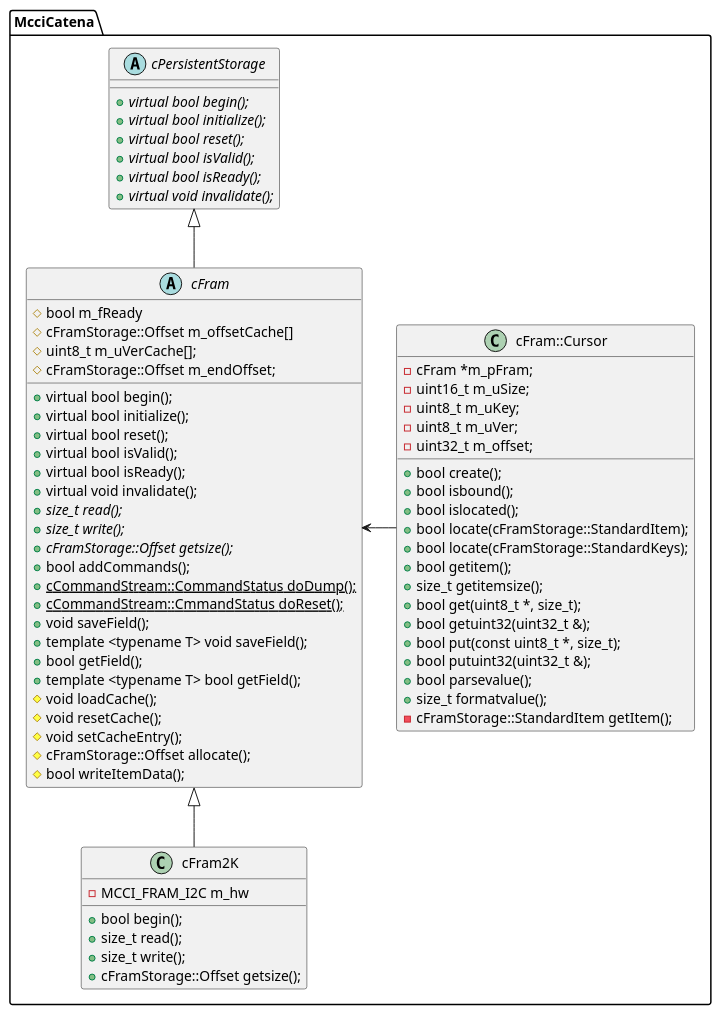
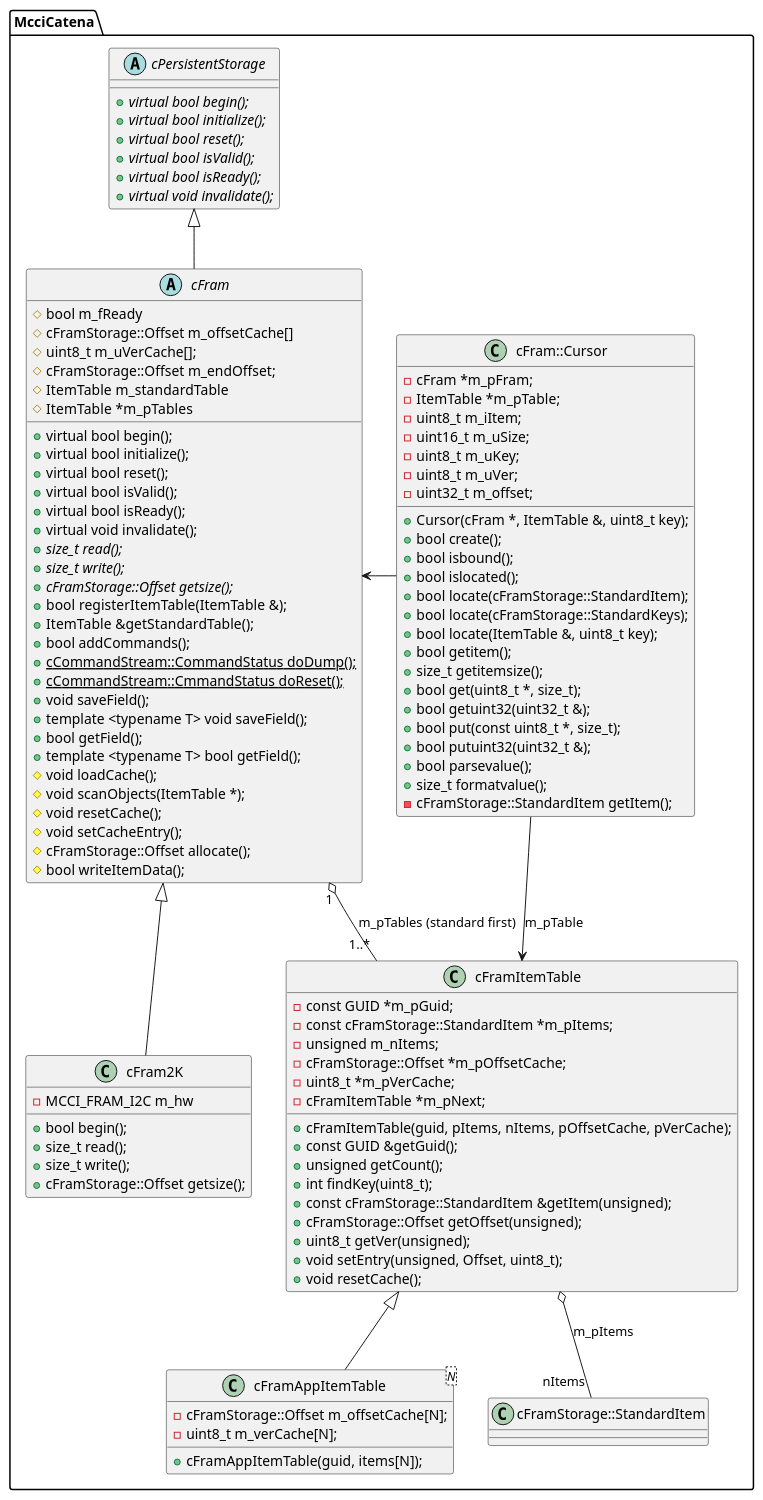
Before and after one commit to mcci-catena/Catena-Arduino-Platform: the diagram in assets/cFram.plantuml, drawn with PlantUML. The commit also changed 1 other file, not shown here.

Commit message:
#379: document application item tables in the cFram class diagram; list application GUIDs
assets/cFram.plantuml gains cFramItemTable, cFramAppItemTable<N>, the
cFram members for tables, and the table-aware Cursor; the README's
diagram links are regenerated from it. README, "Application FRAM
items": a table of the application GUIDs in use and their items.

Claude-Session: https://claude.ai/code/session_01FSqomHzyREE1HxyDqG1MEz

```diff
--- a/assets/cFram.plantuml
+++ b/assets/cFram.plantuml
@@ -1,78 +1,118 @@
 @startuml "cFram class hierarchy"
 /' PlantUML image for FRAM
 '/
 namespace McciCatena {
 abstract class cPersistentStorage {
   +{abstract} virtual bool begin();
   +{abstract} virtual bool initialize();
   +{abstract} virtual bool reset();
   +{abstract} virtual bool isValid();
   +{abstract} virtual bool isReady();
   +{abstract} virtual void invalidate();
 }
 
 cPersistentStorage <|-- cFram
  
 abstract class cFram {
   +virtual bool begin();
   +virtual bool initialize();
   +virtual bool reset();
   +virtual bool isValid();
   +virtual bool isReady();
   +virtual void invalidate();
   +{abstract} size_t read();
   +{abstract} size_t write();
   +{abstract} cFramStorage::Offset getsize();
+  +bool registerItemTable(ItemTable &);
+  +ItemTable &getStandardTable();
   +bool addCommands();
   +{static}cCommandStream::CommandStatus doDump();
   +{static}cCommandStream::CmmandStatus doReset();
   +void saveField();
   +template <typename T> void saveField();
   +bool getField();
   +template <typename T> bool getField();
   #bool m_fReady
   #cFramStorage::Offset m_offsetCache[]
   #uint8_t m_uVerCache[];
   #cFramStorage::Offset m_endOffset;
+  #ItemTable m_standardTable
+  #ItemTable *m_pTables
   #void loadCache();
+  #void scanObjects(ItemTable *);
   #void resetCache();
   #void setCacheEntry();
   #cFramStorage::Offset allocate();
   #bool writeItemData();
 }
 
 class cFram2K {
  +bool begin();
  +size_t read();
  +size_t write();
  +cFramStorage::Offset getsize();
  -MCCI_FRAM_I2C m_hw
 }
 
 cFram <|-- cFram2K
 
+class cFramItemTable {
+ +cFramItemTable(guid, pItems, nItems, pOffsetCache, pVerCache);
+ +const GUID &getGuid();
+ +unsigned getCount();
+ +int findKey(uint8_t);
+ +const cFramStorage::StandardItem &getItem(unsigned);
+ +cFramStorage::Offset getOffset(unsigned);
+ +uint8_t getVer(unsigned);
+ +void setEntry(unsigned, Offset, uint8_t);
+ +void resetCache();
+ -const GUID *m_pGuid;
+ -const cFramStorage::StandardItem *m_pItems;
+ -unsigned m_nItems;
+ -cFramStorage::Offset *m_pOffsetCache;
+ -uint8_t *m_pVerCache;
+ -cFramItemTable *m_pNext;
+}
+
+class "cFramAppItemTable<N>" as cFramAppItemTable {
+ +cFramAppItemTable(guid, items[N]);
+ -cFramStorage::Offset m_offsetCache[N];
+ -uint8_t m_verCache[N];
+}
+
+cFramItemTable <|-- cFramAppItemTable
+cFram "1" o-- "1..*" cFramItemTable : m_pTables (standard first)
+class "cFramStorage::StandardItem" as StandardItem {
+}
+cFramItemTable o-- "nItems" StandardItem : m_pItems
+
 class cFram::Cursor {
+ +Cursor(cFram *, ItemTable &, uint8_t key);
  +bool create();
  +bool isbound();
  +bool islocated();
  +bool locate(cFramStorage::StandardItem);
  +bool locate(cFramStorage::StandardKeys);
+ +bool locate(ItemTable &, uint8_t key);
  +bool getitem();
  +size_t getitemsize();
  +bool get(uint8_t *, size_t);
  +bool getuint32(uint32_t &);
  +bool put(const uint8_t *, size_t);
  +bool putuint32(uint32_t &);
  +bool parsevalue();
  +size_t formatvalue();
  -cFramStorage::StandardItem getItem();
  -cFram *m_pFram;
+ -ItemTable *m_pTable;
+ -uint8_t m_iItem;
  -uint16_t m_uSize;
  -uint8_t m_uKey;
  -uint8_t m_uVer;
  -uint32_t m_offset;
 }
 
 cFram <- cFram::Cursor
+cFram::Cursor --> cFramItemTable : m_pTable
 }
 @enduml
```
